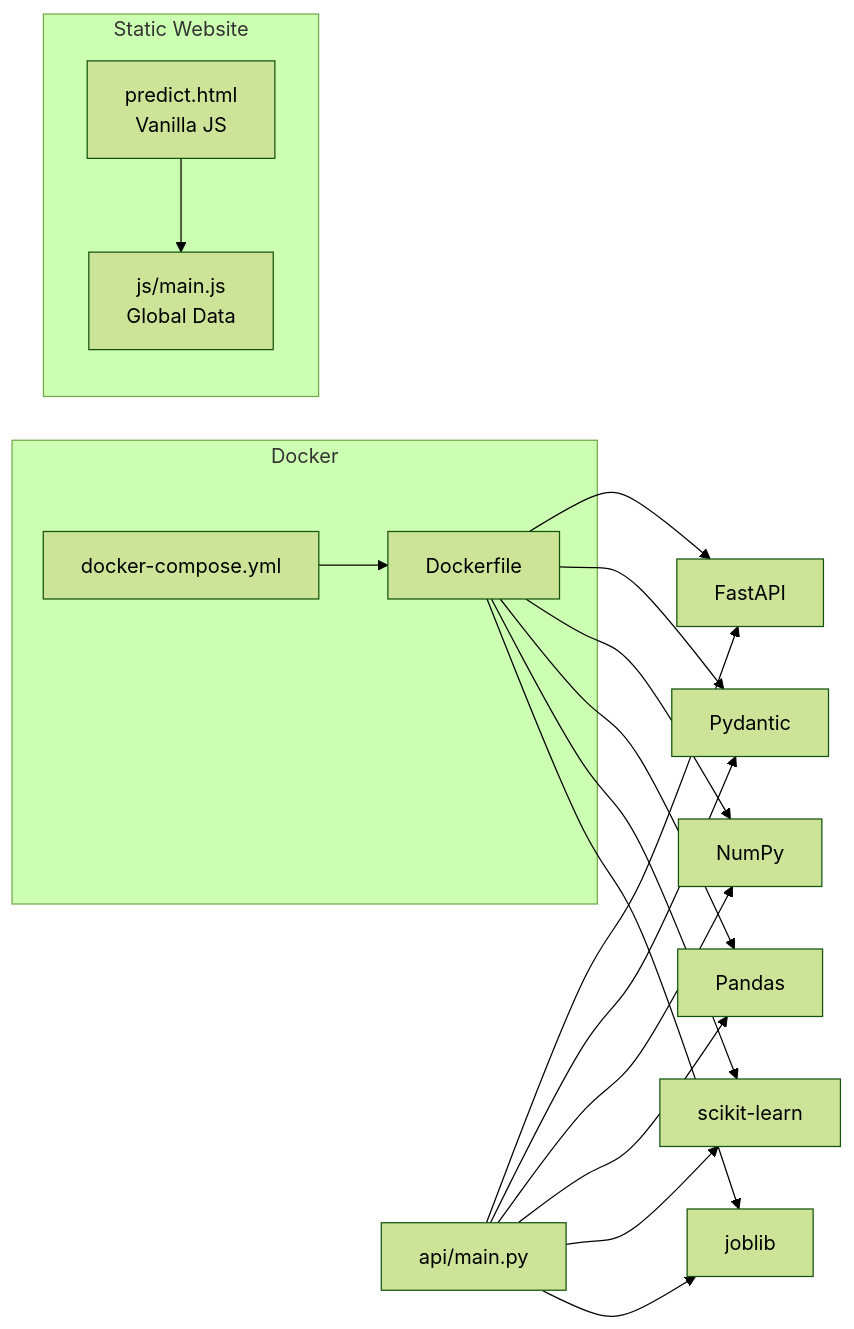
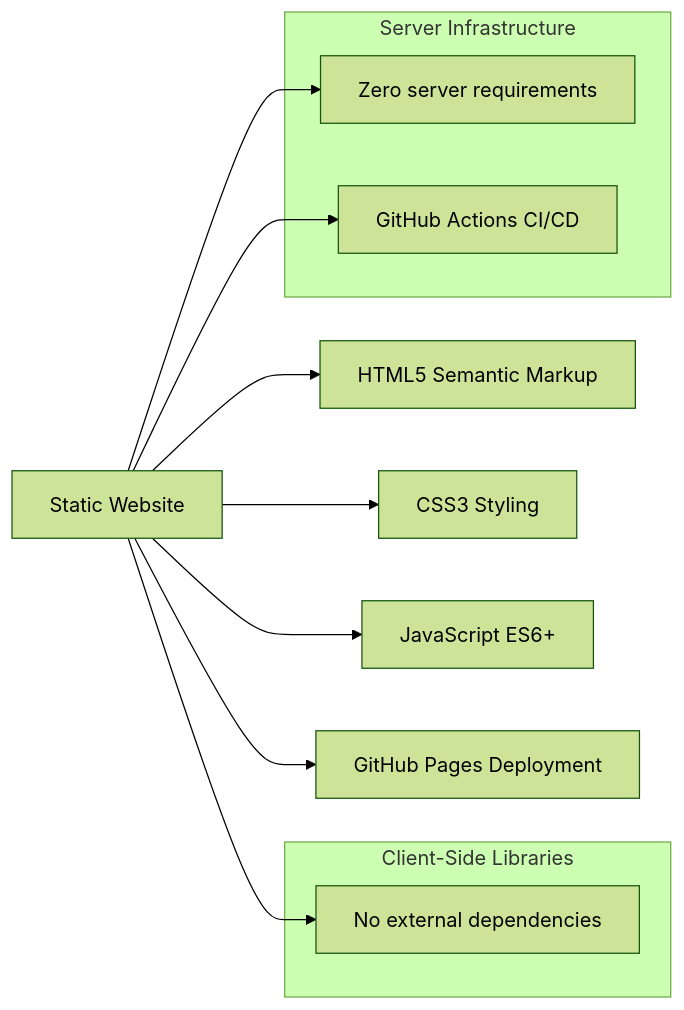
One commit to tashkirrr/housing-price-prediction changed the third of 3 diagrams in .qoder/repowiki/en/content/REST API Service/REST API Service.md. Above: the diagram before and after it, drawn with Mermaid (forest theme). The commit also changed other lines of this file and 5 other files, not shown here.

````diff
--- a/.qoder/repowiki/en/content/REST API Service/REST API Service.md
+++ b/.qoder/repowiki/en/content/REST API Service/REST API Service.md
@@ -335,25 +259,17 @@
 ```mermaid
 graph LR
-A["api/main.py"] --> F["FastAPI"]
-A --> P["Pydantic"]
-A --> N["NumPy"]
-A --> PD["Pandas"]
-A --> SK["scikit-learn"]
-A --> JL["joblib"]
-subgraph "Docker"
-DF["Dockerfile"]
-DC["docker-compose.yml"]
+A["Static Website"] --> B["HTML5 Semantic Markup"]
+A --> C["CSS3 Styling"]
+A --> D["JavaScript ES6+"]
+A --> E["GitHub Pages Deployment"]
+subgraph "Client-Side Libraries"
+F["No external dependencies"]
 end
-DF --> F
-DF --> P
-DF --> N
-DF --> PD
-DF --> SK
-DF --> JL
-DC --> DF
-subgraph "Static Website"
-SW["predict.html<br/>Vanilla JS"]
-GD["js/main.js<br/>Global Data"]
+subgraph "Server Infrastructure"
+G["Zero server requirements"]
+H["GitHub Actions CI/CD"]
 end
-SW --> GD
+A --> F
+A --> G
+A --> H
 ```
````
